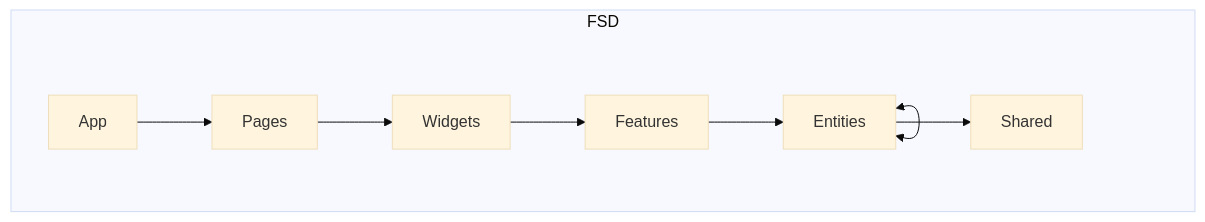
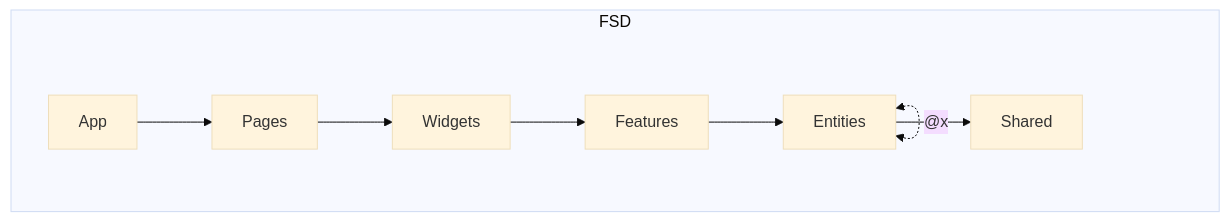
The diagram in README.md (Philian73/easy-trello), drawn with Mermaid (base theme) before and after one commit.

````diff
--- a/README.md
+++ b/README.md
@@ -31,6 +31,6 @@
 ```mermaid
 flowchart TB
     subgraph fsd [FSD]
-    App --> Pages --> Widgets --> Features --> Entities <--> Entities --> Shared
+    App --> Pages --> Widgets --> Features --> Entities <-. @x .-> Entities --> Shared
     end
 ```
````
